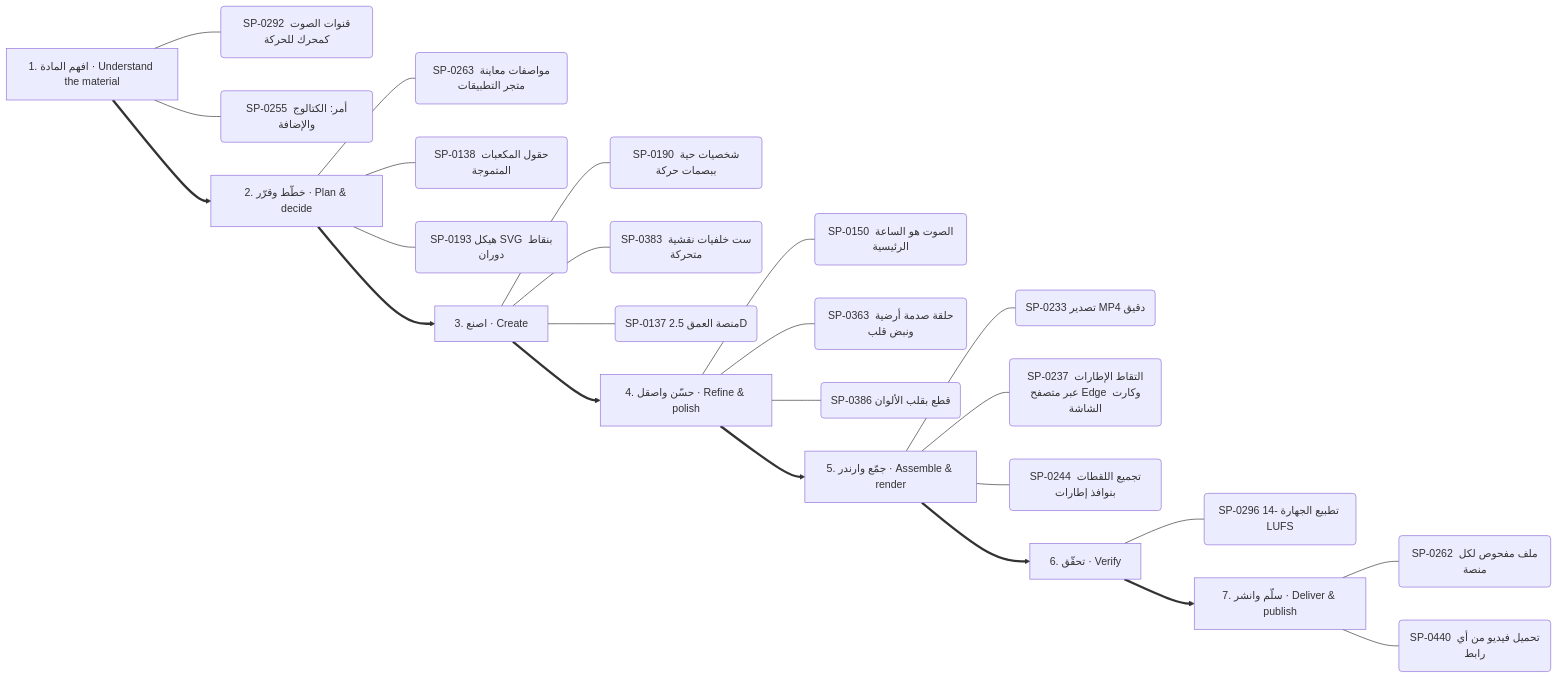
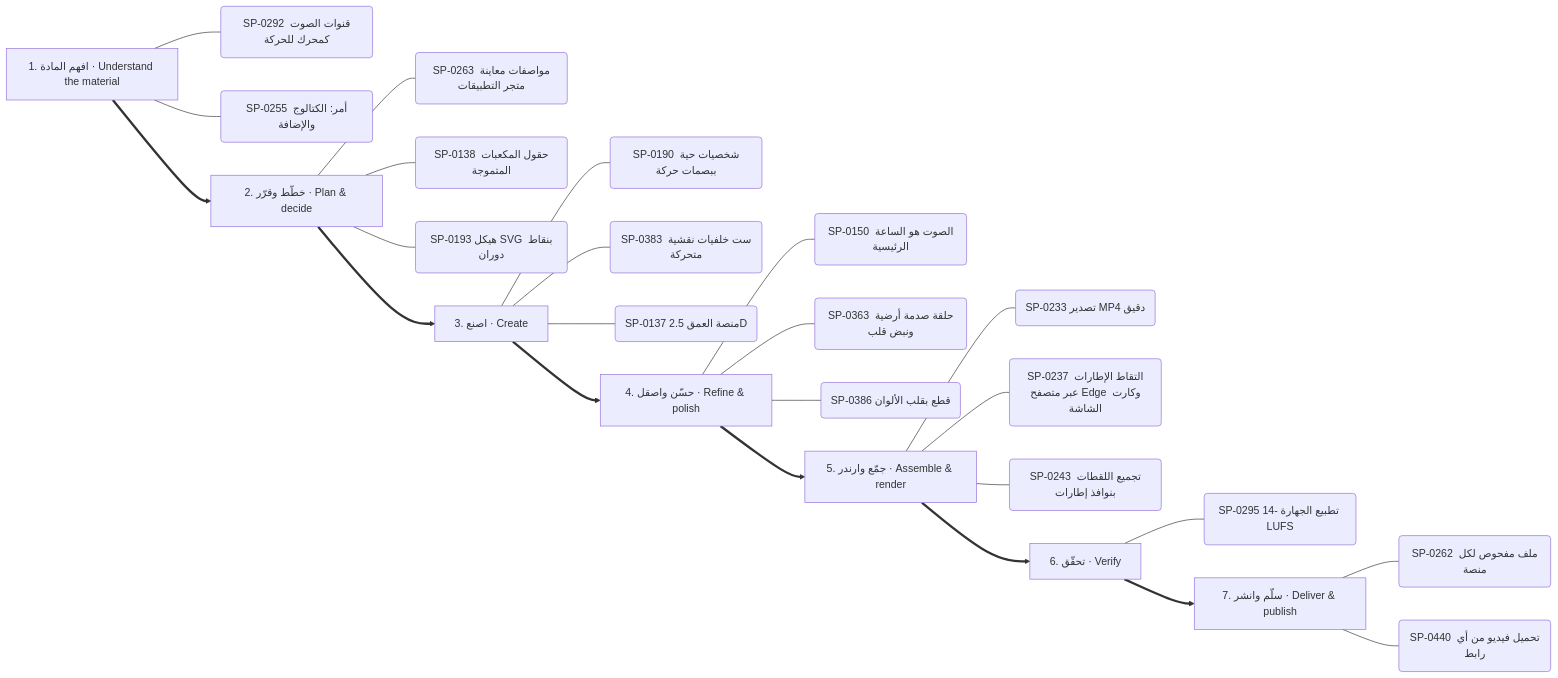
The fourth of 13 diagrams in .claude/skills/kosif-superpowers/references/capability-mindmap.md (kosif199022-jpg/kosif-tool), drawn with Mermaid before and after one commit. The commit also changed other lines of this file and 28 other files, not shown here.

````diff
--- a/.claude/skills/kosif-superpowers/references/capability-mindmap.md
+++ b/.claude/skills/kosif-superpowers/references/capability-mindmap.md
@@ -227,33 +227,33 @@
 ```mermaid
 flowchart LR
   S0["1. افهم المادة · Understand the material"]
   S0 --- S0_0("SP-0292 قنوات الصوت كمحرك للحركة")
   S0 --- S0_1("SP-0255 أمر: الكتالوج والإضافة")
   S1["2. خطّط وقرّر · Plan & decide"]
   S1 --- S1_0("SP-0263 مواصفات معاينة متجر التطبيقات")
   S1 --- S1_1("SP-0138 حقول المكعبات المتموجة")
   S1 --- S1_2("SP-0193 هيكل SVG بنقاط دوران")
   S0 ==> S1
   S2["3. اصنع · Create"]
   S2 --- S2_0("SP-0190 شخصيات حية ببصمات حركة")
   S2 --- S2_1("SP-0383 ست خلفيات نقشية متحركة")
   S2 --- S2_2("SP-0137 منصة العمق 2.5D")
   S1 ==> S2
   S3["4. حسّن واصقل · Refine & polish"]
   S3 --- S3_0("SP-0150 الصوت هو الساعة الرئيسية")
   S3 --- S3_1("SP-0363 حلقة صدمة أرضية ونبض قلب")
   S3 --- S3_2("SP-0386 قطع بقلب الألوان")
   S2 ==> S3
   S4["5. جمّع وارندر · Assemble & render"]
   S4 --- S4_0("SP-0233 تصدير MP4 دقيق")
   S4 --- S4_1("SP-0237 التقاط الإطارات عبر متصفح Edge وكارت الشاشة")
-  S4 --- S4_2("SP-0244 تجميع اللقطات بنوافذ إطارات")
+  S4 --- S4_2("SP-0243 تجميع اللقطات بنوافذ إطارات")
   S3 ==> S4
   S5["6. تحقّق · Verify"]
-  S5 --- S5_0("SP-0296 تطبيع الجهارة -14 LUFS")
+  S5 --- S5_0("SP-0295 تطبيع الجهارة -14 LUFS")
   S4 ==> S5
   S6["7. سلّم وانشر · Deliver & publish"]
   S6 --- S6_0("SP-0262 ملف مفحوص لكل منصة")
   S6 --- S6_1("SP-0440 تحميل فيديو من أي رابط")
   S5 ==> S6
 ```
````
